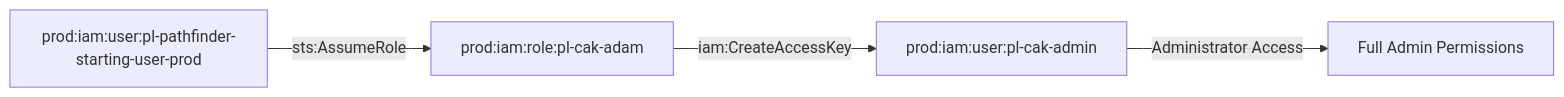
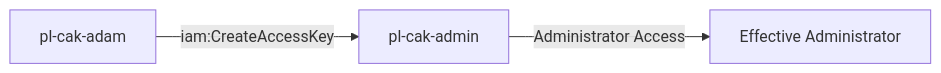
The diagram in modules/scenarios/prod/one-hop/to-admin/iam-createaccesskey/README.md (DataDog/pathfinding-labs), drawn with Mermaid before and after one commit. The commit also changed other lines of this file and 149 other files, not shown here.

````diff
--- a/modules/scenarios/prod/one-hop/to-admin/iam-createaccesskey/README.md
+++ b/modules/scenarios/prod/one-hop/to-admin/iam-createaccesskey/README.md
@@ -13,6 +21,5 @@
 ```mermaid
 graph LR
-    A[prod:iam:user:pl-pathfinder-starting-user-prod] -->|sts:AssumeRole| B[prod:iam:role:pl-cak-adam]
-    B -->|iam:CreateAccessKey| C[prod:iam:user:pl-cak-admin]
-    C -->|Administrator Access| D[Full Admin Permissions]
+    A[pl-cak-adam] -->|iam:CreateAccessKey| B[pl-cak-admin]
+    B -->|Administrator Access| C[Effective Administrator]
 ```
````
